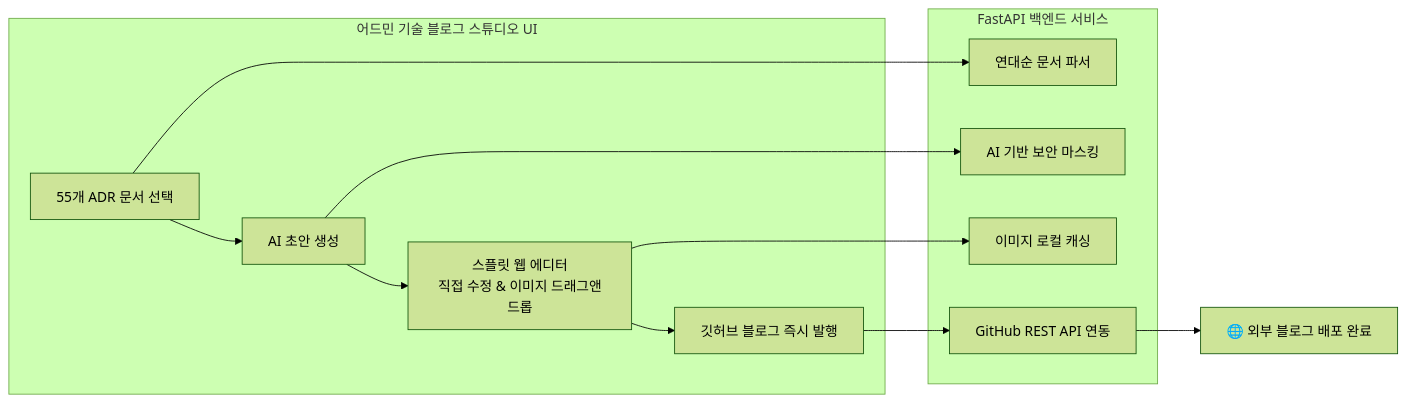
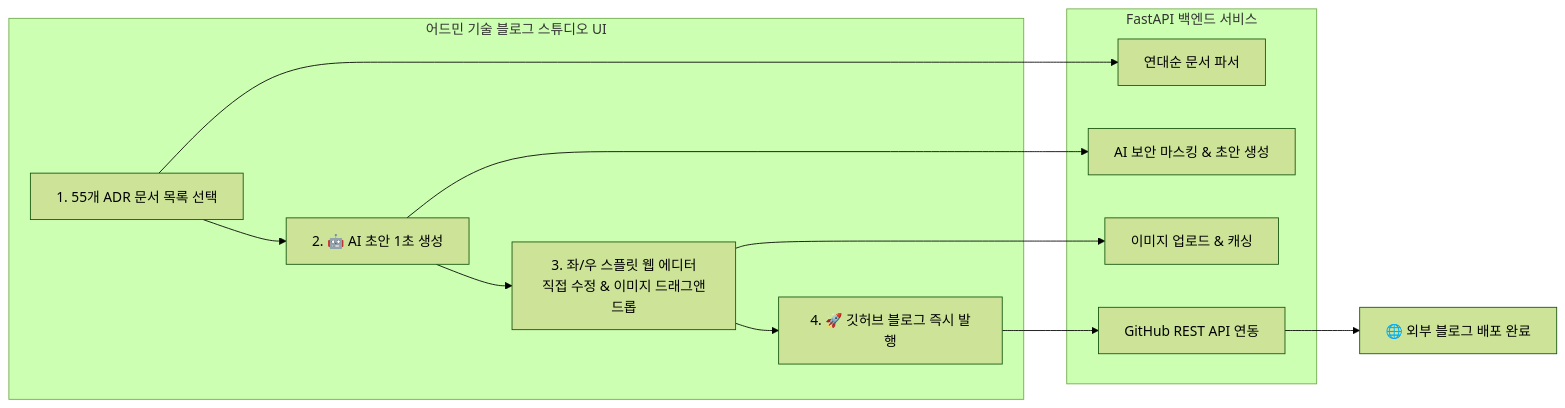
The diagram in content/posts/picksafe/2026-08-29-어드민-웹-기반-기술-블로그-스튜디오-및-깃허브-퍼블리셔-구축.md (daniel-dataflow/daniel-dataflow.github.io), drawn with Mermaid (forest theme) before and after one commit. The commit also changed other lines of this file and 64 other files, not shown here.

````diff
--- a/content/posts/picksafe/2026-08-29-어드민-웹-기반-기술-블로그-스튜디오-및-깃허브-퍼블리셔-구축.md
+++ b/content/posts/picksafe/2026-08-29-어드민-웹-기반-기술-블로그-스튜디오-및-깃허브-퍼블리셔-구축.md
@@ -32,21 +40,21 @@
 ```mermaid
 flowchart LR
     subgraph Admin_Frontend [어드민 기술 블로그 스튜디오 UI]
-        A1[55개 ADR 문서 선택] --> A2[AI 초안 생성]
-        A2 --> A3[스플릿 웹 에디터<br/>직접 수정 & 이미지 드래그앤드롭]
-        A3 --> A4[깃허브 블로그 즉시 발행]
+        A1[1. 55개 ADR 문서 목록 선택] --> A2[2. 🤖 AI 초안 1초 생성]
+        A2 --> A3[3. 좌/우 스플릿 웹 에디터<br/>직접 수정 & 이미지 드래그앤드롭]
+        A3 --> A4[4. 🚀 깃허브 블로그 즉시 발행]
     end
 
     subgraph Backend_Engine [FastAPI 백엔드 서비스]
         B1[연대순 문서 파서]
-        B2[AI 기반 보안 마스킹]
-        B3[이미지 로컬 캐싱]
+        B2[AI 보안 마스킹 & 초안 생성]
+        B3[이미지 업로드 & 캐싱]
         B4[GitHub REST API 연동]
     end
 
     A1 --> B1
     A2 --> B2
     A3 --> B3
     A4 --> B4
     B4 --> C[🌐 외부 블로그 배포 완료]
 ```
````
